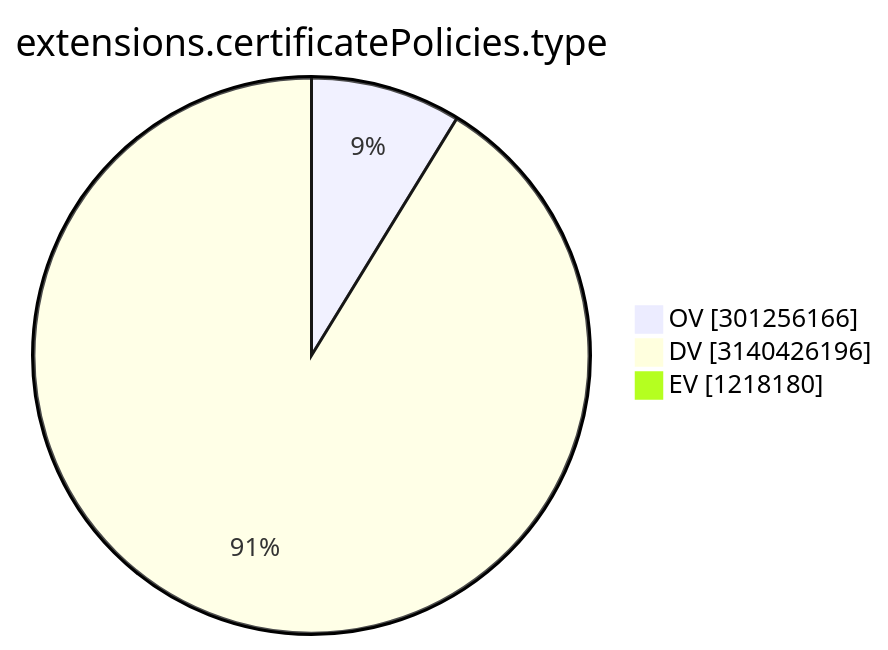
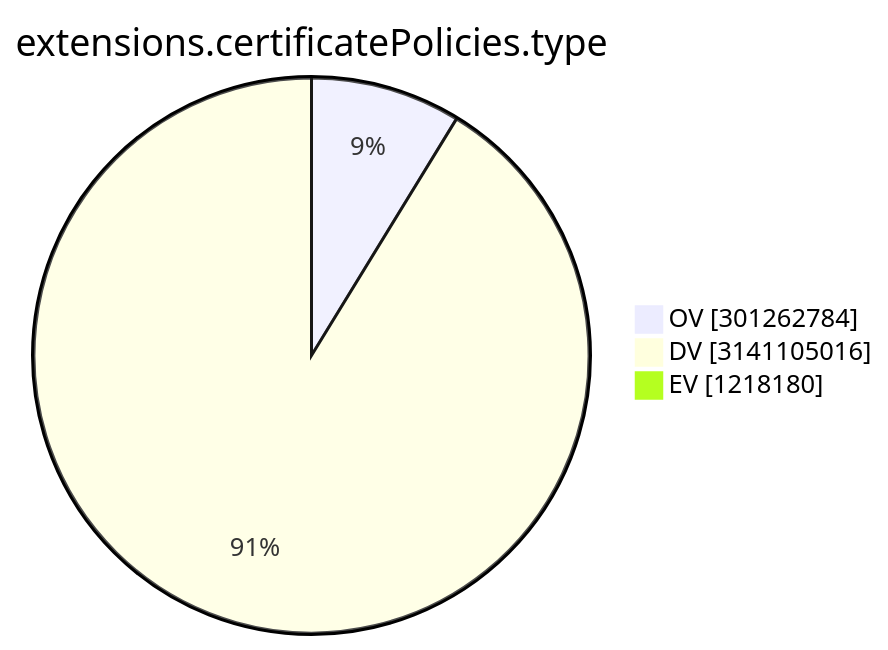
One commit to christiankrug/ctmonitor_visualization changed the ninth of 15 diagrams in TOTAL/README.md. Above: the diagram before and after it, drawn with Mermaid. The commit also changed other lines of this file, not shown here.

````diff
--- a/TOTAL/README.md
+++ b/TOTAL/README.md
@@ -3105,7 +3105,7 @@
 ```mermaid
 pie showData
 title extensions.certificatePolicies.type
-"OV" :301256166
-"DV" :3140426196
+"OV" :301262784
+"DV" :3141105016
 "EV" :1218180
 ```
````
